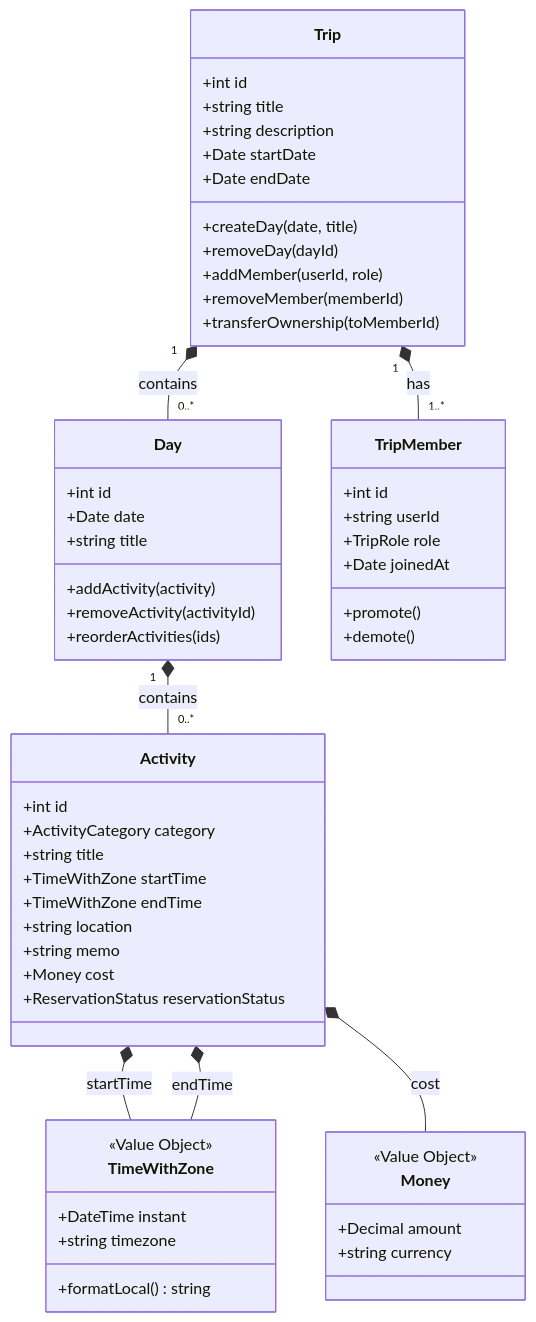
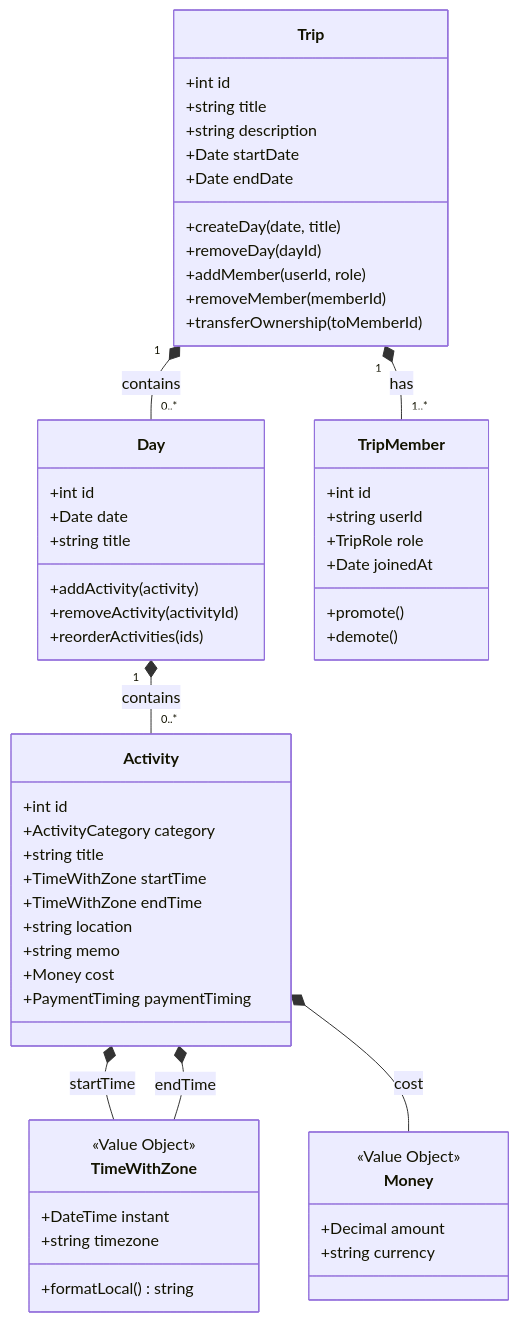
The second of 3 diagrams in docs/DOMAIN.md (idean3885/trip-planner), drawn with Mermaid before and after one commit. The commit also changed other lines of this file and 27 other files, not shown here.

First line of the commit message:
feat(activity)!: 예약상태(reservationStatus) 완전 제거 (#811)

````diff
--- a/docs/DOMAIN.md
+++ b/docs/DOMAIN.md
@@ -64,65 +64,65 @@
 ```mermaid
 classDiagram
     class Trip {
         +int id
         +string title
         +string description
         +Date startDate
         +Date endDate
         +createDay(date, title)
         +removeDay(dayId)
         +addMember(userId, role)
         +removeMember(memberId)
         +transferOwnership(toMemberId)
     }
 
     class Day {
         +int id
         +Date date
         +string title
         +addActivity(activity)
         +removeActivity(activityId)
         +reorderActivities(ids)
     }
 
     class Activity {
         +int id
         +ActivityCategory category
         +string title
         +TimeWithZone startTime
         +TimeWithZone endTime
         +string location
         +string memo
         +Money cost
-        +ReservationStatus reservationStatus
+        +PaymentTiming paymentTiming
     }
 
     class TripMember {
         +int id
         +string userId
         +TripRole role
         +Date joinedAt
         +promote()
         +demote()
     }
 
     class TimeWithZone {
         <<Value Object>>
         +DateTime instant
         +string timezone
         +formatLocal() string
     }
 
     class Money {
         <<Value Object>>
         +Decimal amount
         +string currency
     }
 
     Trip "1" *-- "0..*" Day : contains
     Trip "1" *-- "1..*" TripMember : has
     Day "1" *-- "0..*" Activity : contains
     Activity *-- TimeWithZone : startTime
     Activity *-- TimeWithZone : endTime
     Activity *-- Money : cost
 ```
````
